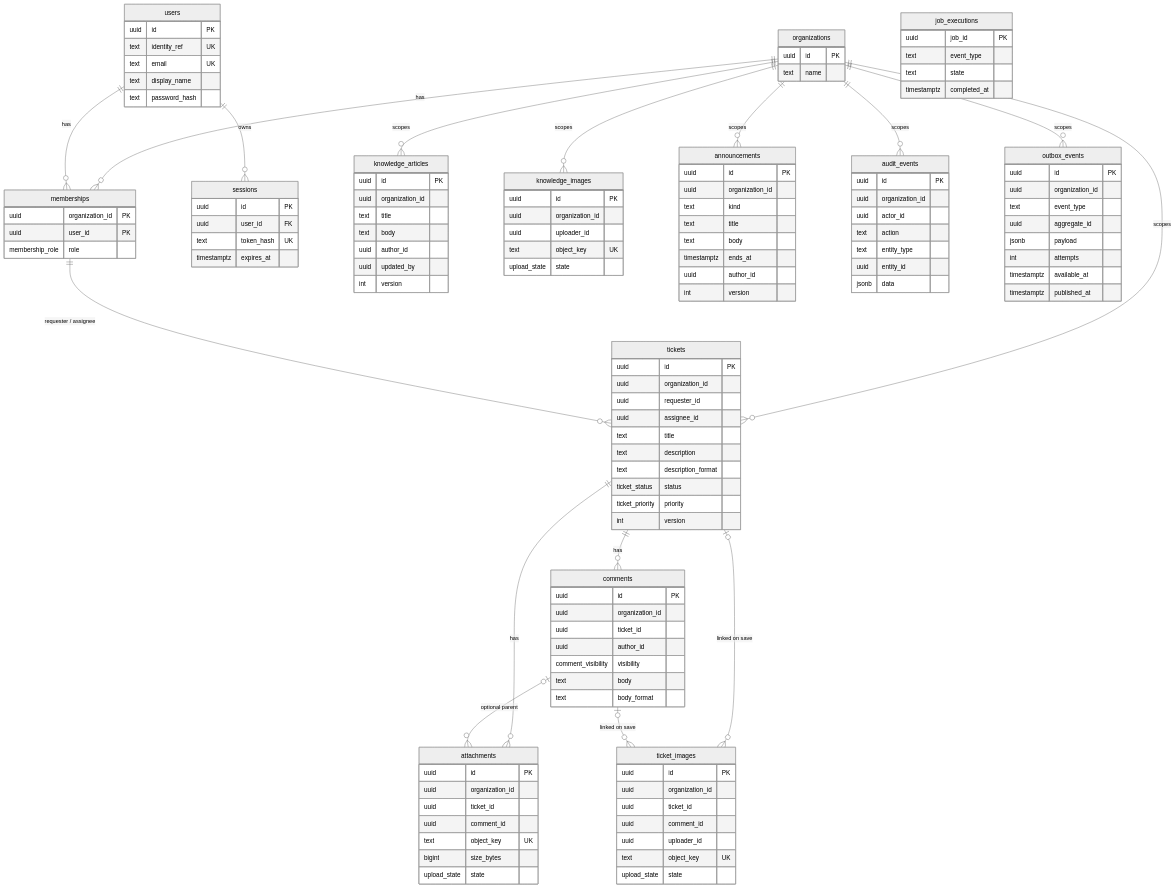
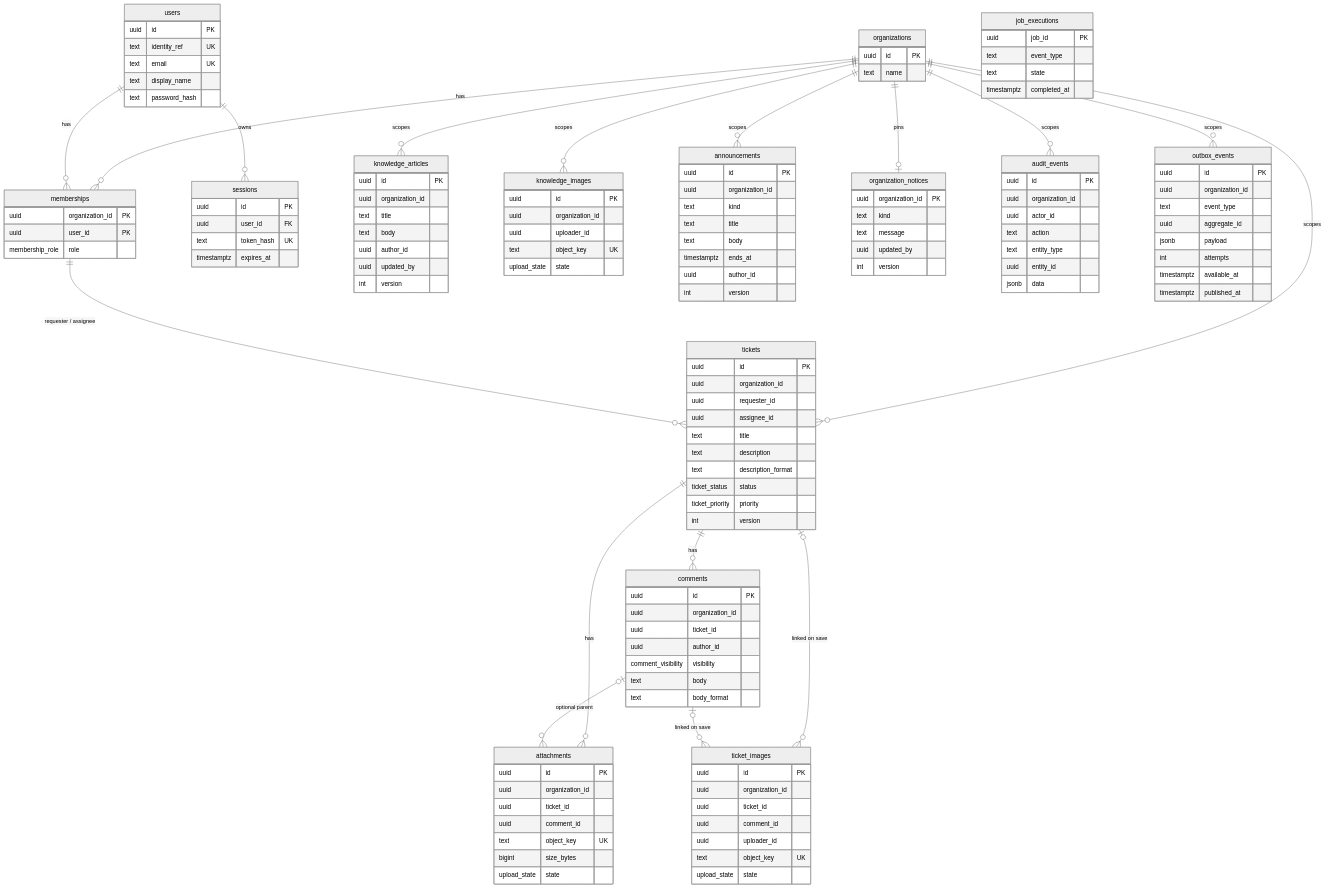
One commit to TheCodister/support-portal changed the eighth of 10 diagrams in README.md. Above: the diagram before and after it, drawn with Mermaid (neutral theme). The commit also changed other lines of this file and 12 other files, not shown here.

```diff
--- a/README.md
+++ b/README.md
@@ -454,6 +458,7 @@
   organizations ||--o{ knowledge_articles : scopes
   organizations ||--o{ knowledge_images : scopes
   organizations ||--o{ announcements : scopes
+  organizations ||--o| organization_notices : pins
   organizations ||--o{ audit_events : scopes
   organizations ||--o{ outbox_events : scopes
 
@@ -544,6 +549,13 @@
     uuid author_id
     int version
   }
+  organization_notices {
+    uuid organization_id PK
+    text kind
+    text message
+    uuid updated_by
+    int version
+  }
   audit_events {
     uuid id PK
     uuid organization_id
```
